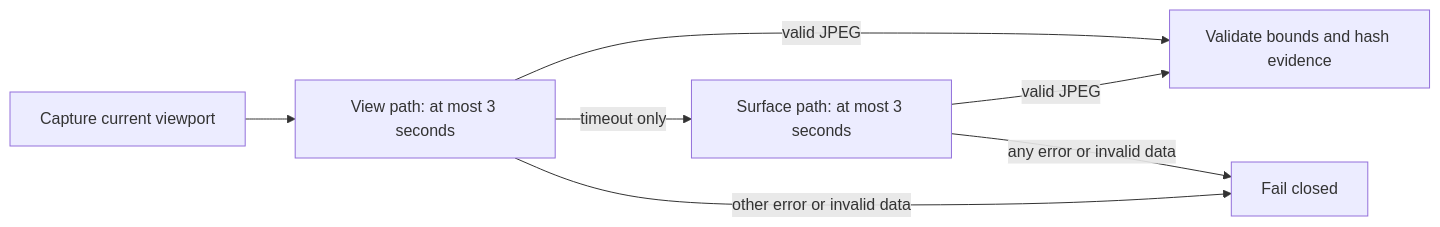
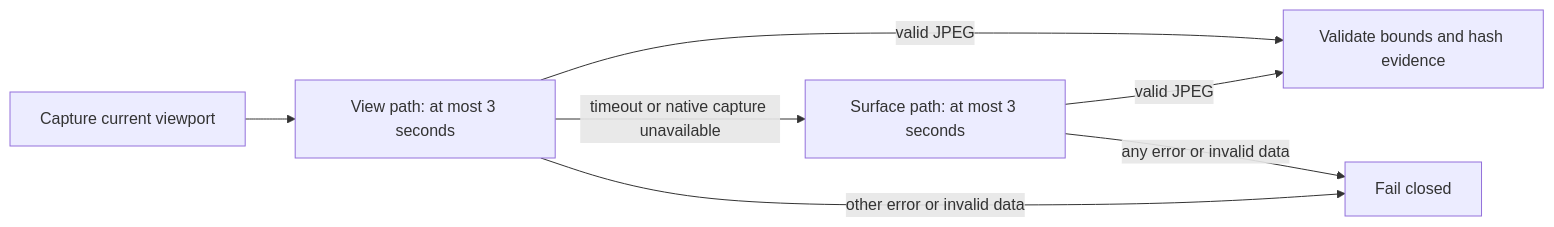
Before and after one commit to kieransimkin/potbot: the diagram in docs/implementation/u00-roadmap-inventory.md, drawn with Mermaid. The commit also changed other lines of this file and 4 other files, not shown here.

Commit message:
Recover native capture-unavailable errors and retain capture-path evidence

````diff
--- a/docs/implementation/u00-roadmap-inventory.md
+++ b/docs/implementation/u00-roadmap-inventory.md
@@ -155,9 +156,9 @@
 ```mermaid
 flowchart LR
     A[Capture current viewport] --> B[View path: at most 3 seconds]
     B -->|valid JPEG| D[Validate bounds and hash evidence]
-    B -->|timeout only| C[Surface path: at most 3 seconds]
+    B -->|timeout or native capture unavailable| C[Surface path: at most 3 seconds]
     C -->|valid JPEG| D
     B -->|other error or invalid data| E[Fail closed]
     C -->|any error or invalid data| E
 ```
````
